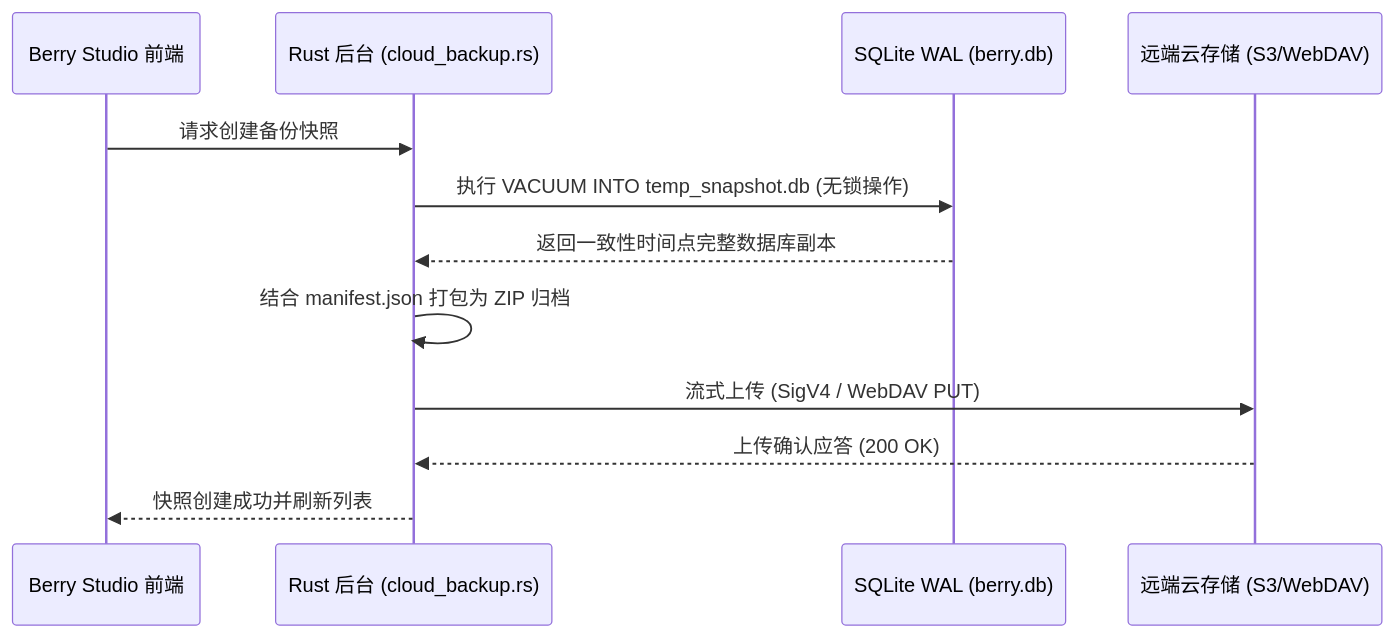
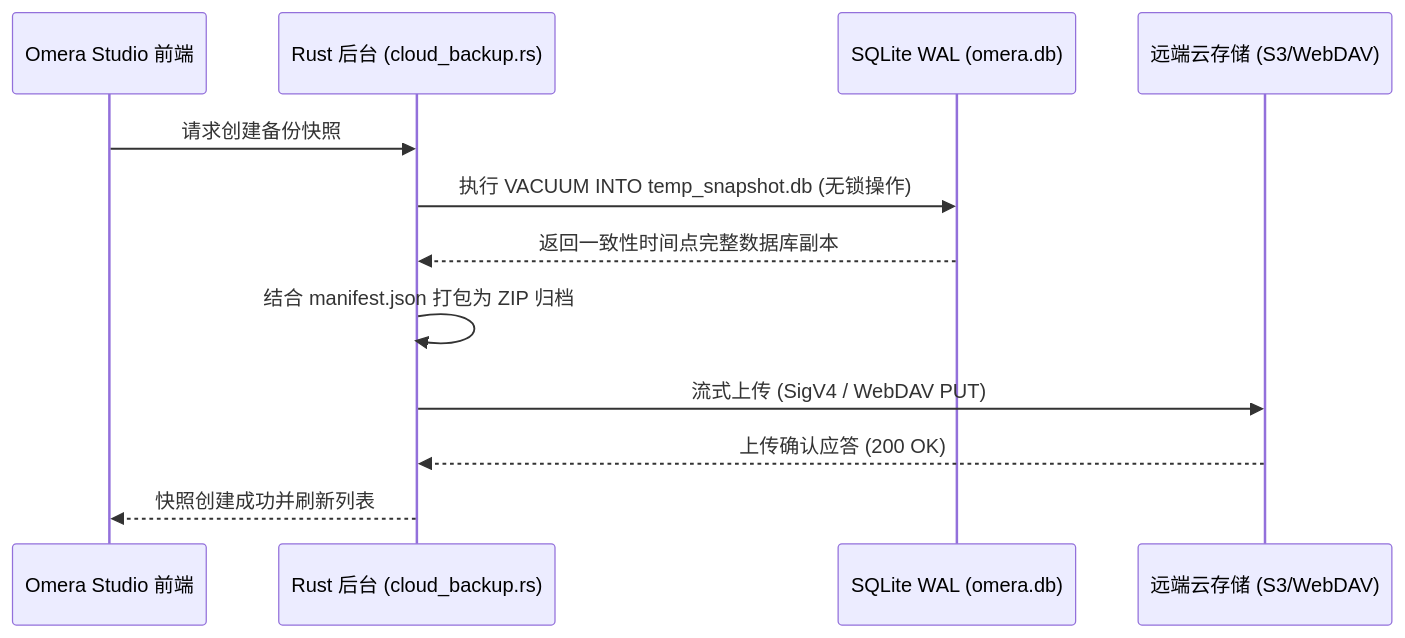
The diagram in docs/wiki/zh-CN/05-export-and-collaboration/cloud-backup-and-sync.md (BerryUIKI/Berry-AI-Studio), drawn with Mermaid before and after one commit. The commit also changed other lines of this file and 224 other files, not shown here.

````diff
--- a/docs/wiki/zh-CN/05-export-and-collaboration/cloud-backup-and-sync.md
+++ b/docs/wiki/zh-CN/05-export-and-collaboration/cloud-backup-and-sync.md
@@ -23,15 +23,15 @@
 ```mermaid
 sequenceDiagram
-    participant UI as Berry Studio 前端
+    participant UI as Omera Studio 前端
     participant Rust as Rust 后台 (cloud_backup.rs)
-    participant DB as SQLite WAL (berry.db)
+    participant DB as SQLite WAL (omera.db)
     participant Remote as 远端云存储 (S3/WebDAV)
 
     UI->>Rust: 请求创建备份快照
     Rust->>DB: 执行 VACUUM INTO temp_snapshot.db (无锁操作)
     DB-->>Rust: 返回一致性时间点完整数据库副本
     Rust->>Rust: 结合 manifest.json 打包为 ZIP 归档
     Rust->>Remote: 流式上传 (SigV4 / WebDAV PUT)
     Remote-->>Rust: 上传确认应答 (200 OK)
     Rust-->>UI: 快照创建成功并刷新列表
 ```
````
